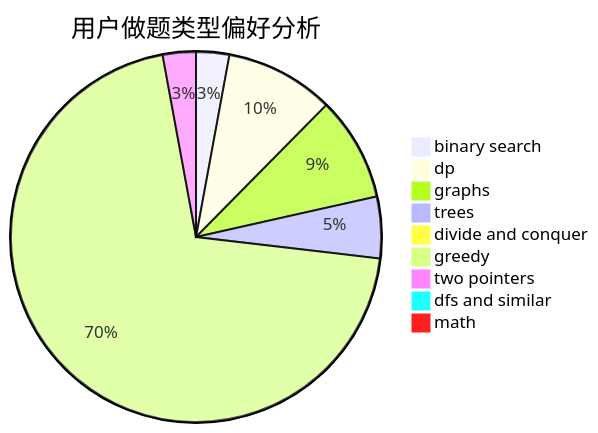
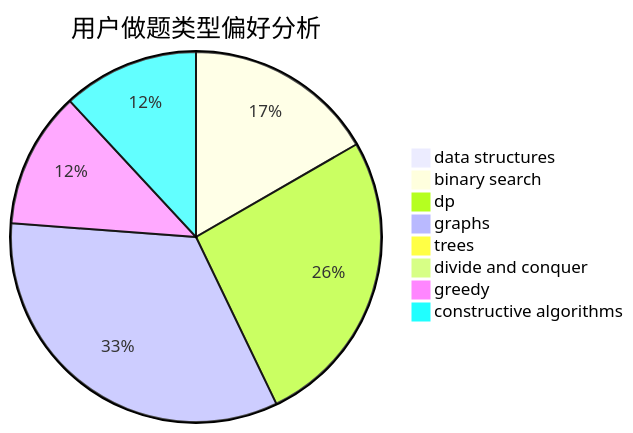
The second of 3 diagrams in docs/user/u810.md (sherpahu/cfrs.github.io), drawn with Mermaid before and after one commit. The commit also changed other lines of this file and 2775 other files, not shown here.

````diff
--- a/docs/user/u810.md
+++ b/docs/user/u810.md
@@ -23,12 +23,11 @@
 ```mermaid
 pie title 用户做题类型偏好分析
+    "data structures" :  0
     "binary search" :  7
-    "dp" :  23
-    "graphs" :  22
-    "trees" :  13
+    "dp" :  11
+    "graphs" :  14
+    "trees" :  0
     "divide and conquer" :  0
-    "greedy" :  170
-    "two pointers" :  7
-    "dfs and similar" :  0
-    "math" :  0
+    "greedy" :  5
+    "constructive algorithms" :  5
 ```
````
